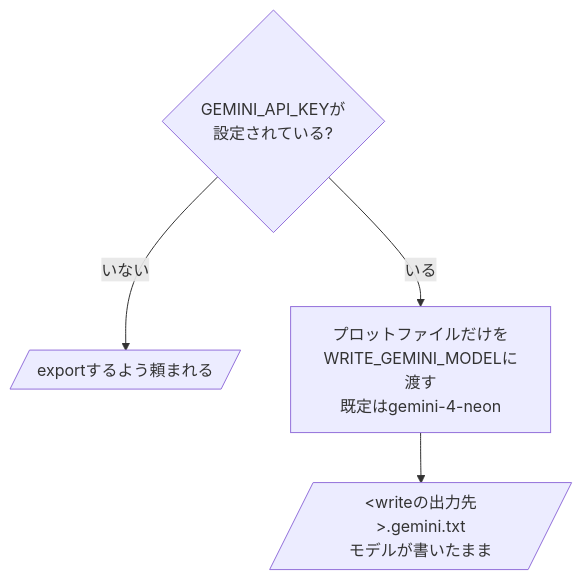
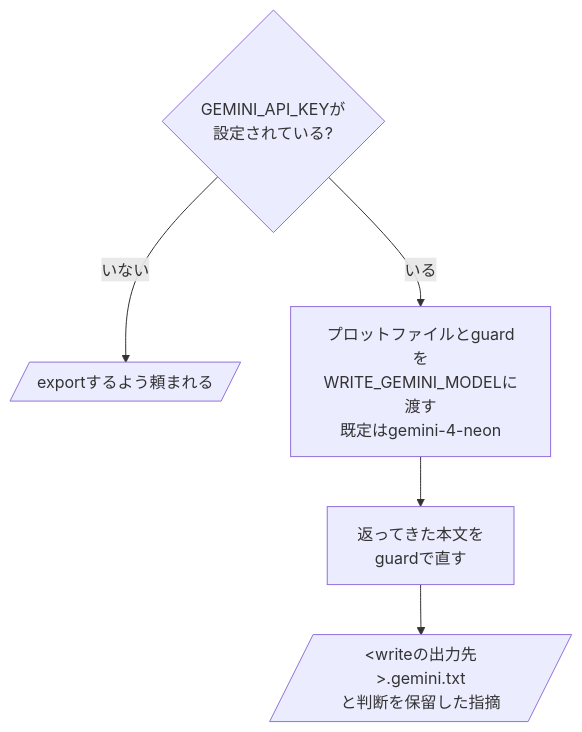
Before and after one commit to omni-stove/skill-kit: the diagram in domains/story/experimental/skills/write-gemini/README.ja.md, drawn with Mermaid. The commit also changed 34 other files, not shown here.

````diff
--- a/domains/story/experimental/skills/write-gemini/README.ja.md
+++ b/domains/story/experimental/skills/write-gemini/README.ja.md
@@ -3,7 +3,8 @@
 ```mermaid
 flowchart TD
   key{GEMINI_API_KEYが<br/>設定されている?}
   key -- "いない" --> ask[/"exportするよう頼まれる"/]
-  key -- "いる" --> send[プロットファイルだけを<br/>WRITE_GEMINI_MODELに渡す<br/>既定はgemini-4-neon]
-  send --> out[/"&lt;writeの出力先&gt;.gemini.txt<br/>モデルが書いたまま"/]
+  key -- "いる" --> send[プロットファイルとguardを<br/>WRITE_GEMINI_MODELに渡す<br/>既定はgemini-4-neon]
+  send --> fix[返ってきた本文を<br/>guardで直す]
+  fix --> out[/"&lt;writeの出力先&gt;.gemini.txt<br/>と判断を保留した指摘"/]
 ```
````
